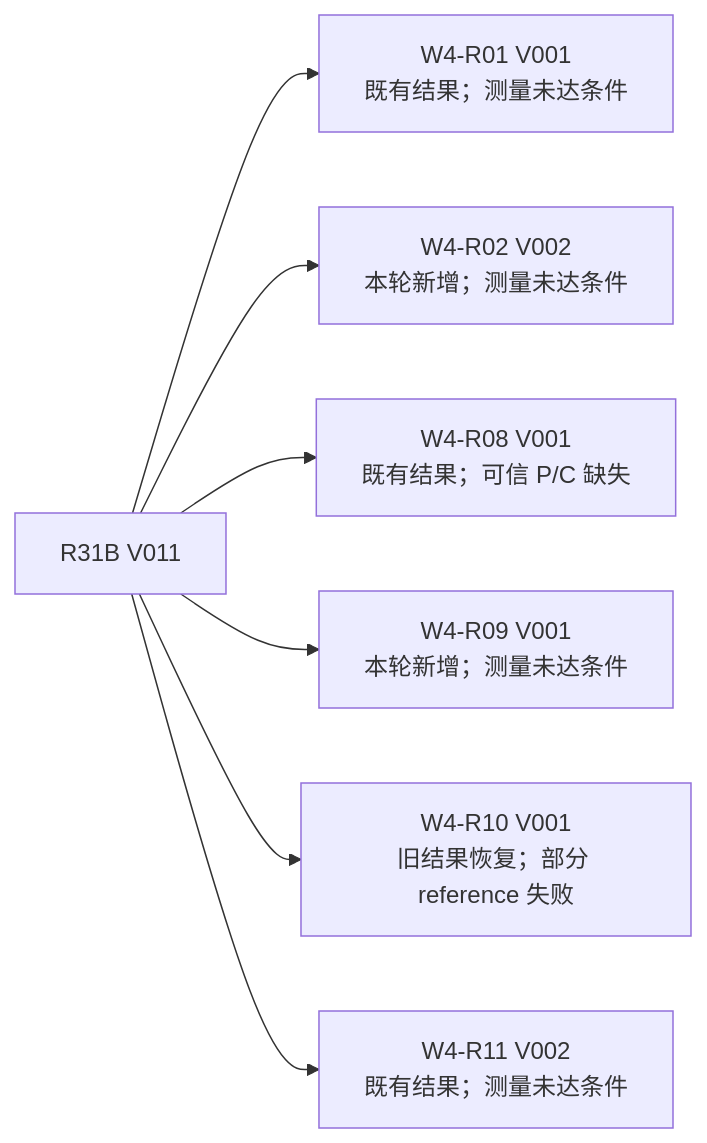
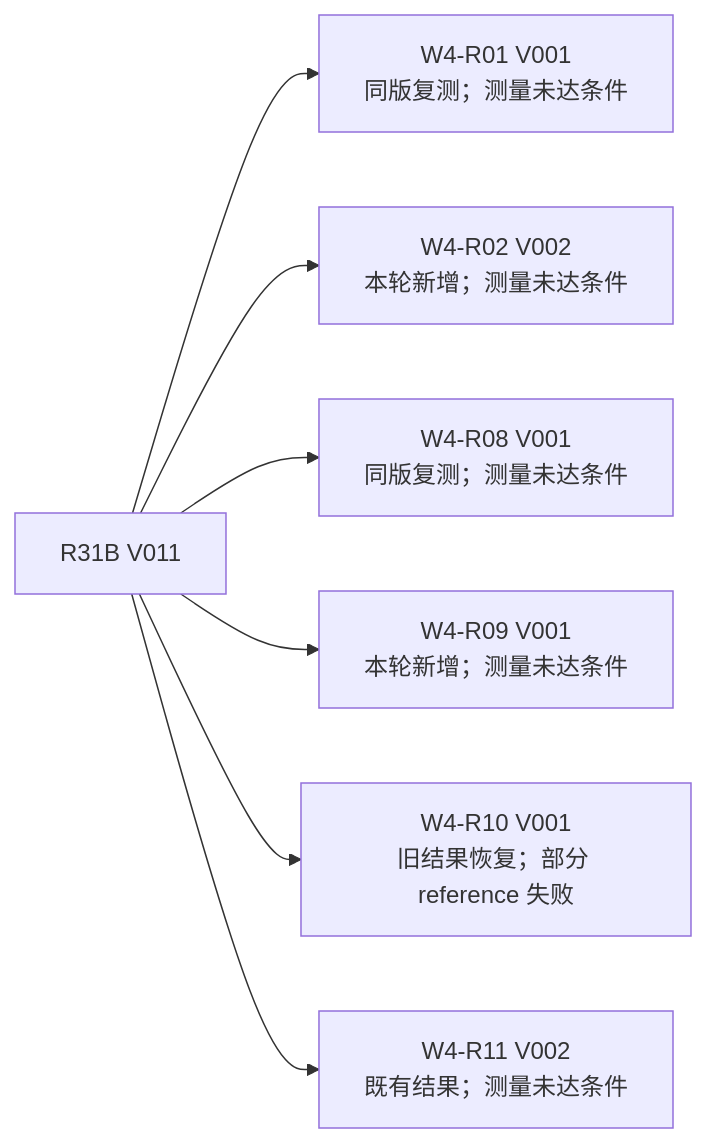
Before and after one commit to sxyq/CANN: the first of 3 diagrams in 技术路线/技术路线图.md, drawn with Mermaid. The commit also changed other lines of this file and 3 other files, not shown here.

````diff
--- a/技术路线/技术路线图.md
+++ b/技术路线/技术路线图.md
@@ -39,10 +41,10 @@
 ```mermaid
 flowchart LR
   p["R31B V011"]
-  p --> r01["W4-R01 V001<br/>既有结果；测量未达条件"]
+  p --> r01["W4-R01 V001<br/>同版复测；测量未达条件"]
   p --> r02["W4-R02 V002<br/>本轮新增；测量未达条件"]
-  p --> r08["W4-R08 V001<br/>既有结果；可信 P/C 缺失"]
+  p --> r08["W4-R08 V001<br/>同版复测；测量未达条件"]
   p --> r09["W4-R09 V001<br/>本轮新增；测量未达条件"]
   p --> r10["W4-R10 V001<br/>旧结果恢复；部分 reference 失败"]
   p --> r11["W4-R11 V002<br/>既有结果；测量未达条件"]
 ```
````
